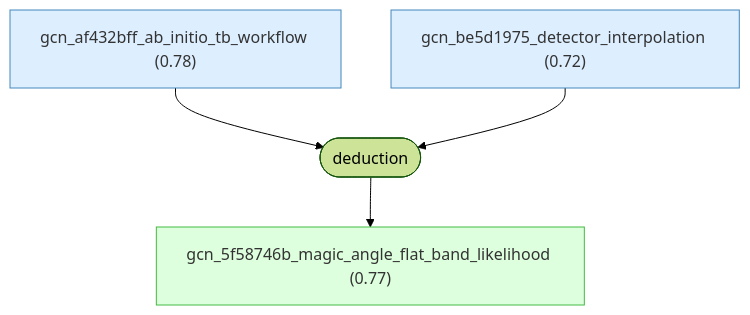
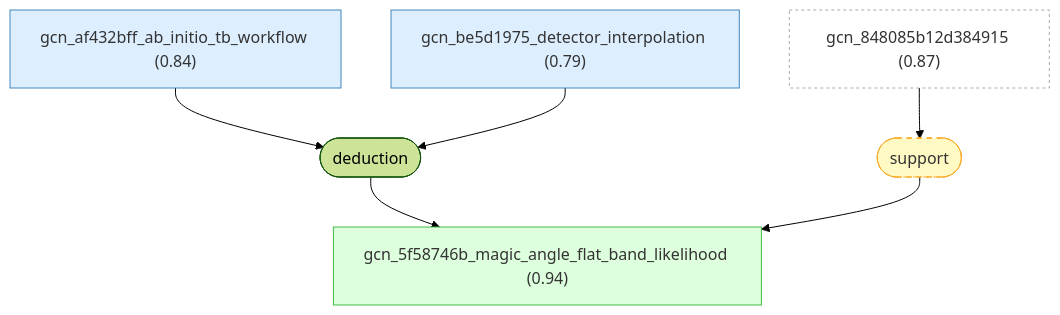
Before and after one commit to Callo42/tbg-magic-angle-gaia: the sixth of 10 diagrams in docs/detailed-reasoning.md, drawn with Mermaid (forest theme). The commit also changed other lines of this file and 50 other files, not shown here.

First line of the commit message:
Regenerate TBG graph from connected root

````diff
--- a/docs/detailed-reasoning.md
+++ b/docs/detailed-reasoning.md
@@ -1154,20 +555,24 @@
 ```mermaid
 graph TD
-    gcn_af432bff_ab_initio_tb_workflow["gcn_af432bff_ab_initio_tb_workflow (0.78)"]:::premise
-    gcn_be5d1975_detector_interpolation["gcn_be5d1975_detector_interpolation (0.72)"]:::premise
-    gcn_5f58746b_magic_angle_flat_band_likelihood["gcn_5f58746b_magic_angle_flat_band_likelihood (0.77)"]:::derived
-    strat_19(["deduction"])
-    gcn_af432bff_ab_initio_tb_workflow --> strat_19
-    gcn_be5d1975_detector_interpolation --> strat_19
-    strat_19 --> gcn_5f58746b_magic_angle_flat_band_likelihood
+    gcn_848085b12d384915["gcn_848085b12d384915 (0.87)"]:::external
+    gcn_af432bff_ab_initio_tb_workflow["gcn_af432bff_ab_initio_tb_workflow (0.84)"]:::premise
+    gcn_be5d1975_detector_interpolation["gcn_be5d1975_detector_interpolation (0.79)"]:::premise
+    gcn_5f58746b_magic_angle_flat_band_likelihood["gcn_5f58746b_magic_angle_flat_band_likelihood (0.94)"]:::derived
+    strat_5(["deduction"])
+    gcn_af432bff_ab_initio_tb_workflow --> strat_5
+    gcn_be5d1975_detector_interpolation --> strat_5
+    strat_5 --> gcn_5f58746b_magic_angle_flat_band_likelihood
+    strat_14(["support"]):::weak
+    gcn_848085b12d384915 --> strat_14
+    strat_14 --> gcn_5f58746b_magic_angle_flat_band_likelihood
 
     classDef setting fill:#f0f0f0,stroke:#999,color:#333
     classDef premise fill:#ddeeff,stroke:#4488bb,color:#333
     classDef derived fill:#ddffdd,stroke:#44bb44,color:#333
     classDef question fill:#fff3dd,stroke:#cc9944,color:#333
     classDef background fill:#f5f5f5,stroke:#bbb,stroke-dasharray: 5 5,color:#333
     classDef orphan fill:#fff,stroke:#ccc,stroke-dasharray: 5 5,color:#333
     classDef external fill:#fff,stroke:#aaa,stroke-dasharray: 3 3,color:#333
     classDef weak fill:#fff9c4,stroke:#f9a825,stroke-dasharray: 5 5,color:#333
     classDef contra fill:#ffebee,stroke:#c62828,color:#333
 ```
````
